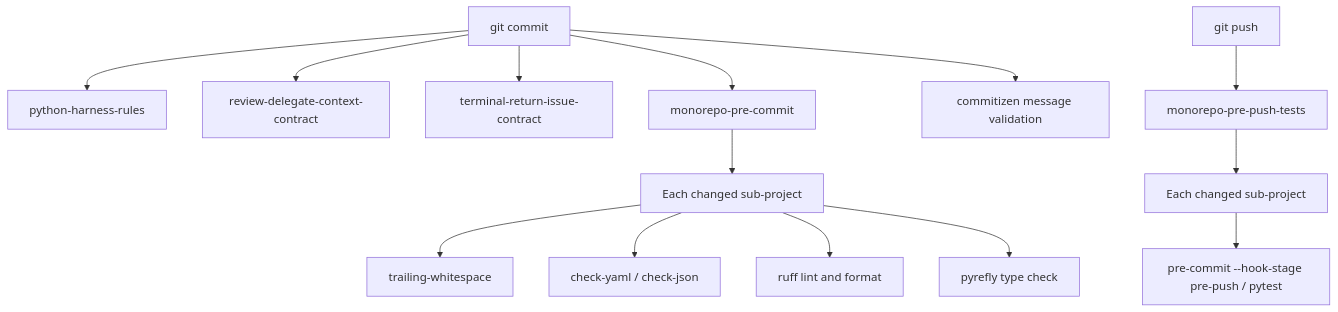
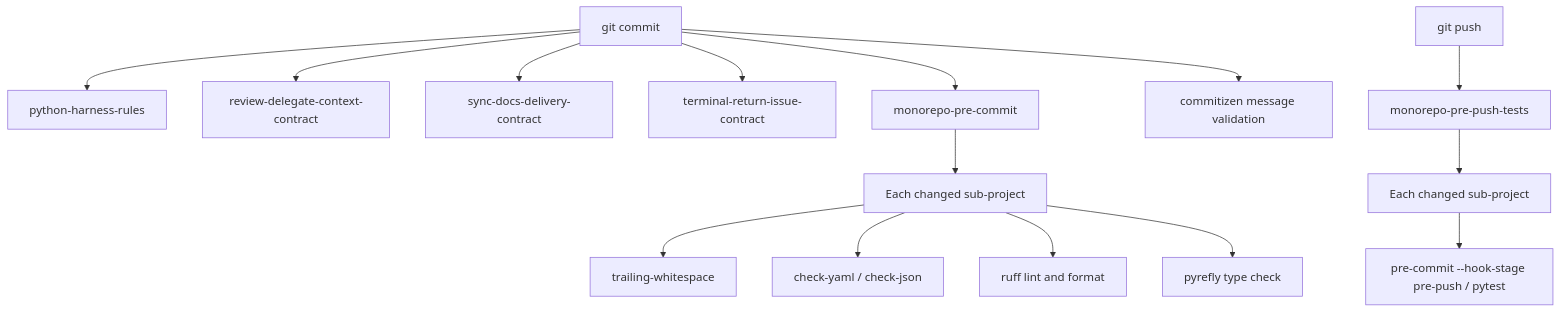
One commit to E5presso/spakky-framework changed the diagram in CONTRIBUTING.md. Above: the diagram before and after it, drawn with Mermaid. The commit also changed other lines of this file and 4 other files, not shown here.

Commit message:
fix(harness): define sync-docs delivery contract (#524)

````diff
--- a/CONTRIBUTING.md
+++ b/CONTRIBUTING.md
@@ -98,19 +98,20 @@
 ```mermaid
 flowchart TD
     commit[git commit]
     commit --> pythonharness[python-harness-rules]
     commit --> reviewcontract[review-delegate-context-contract]
+    commit --> syncdocscontract[sync-docs-delivery-contract]
     commit --> terminal[terminal-return-issue-contract]
     commit --> precommit[monorepo-pre-commit]
     commit --> commitizen[commitizen message validation]
     precommit --> changed[Each changed sub-project]
     changed --> whitespace[trailing-whitespace]
     changed --> syntax[check-yaml / check-json]
     changed --> ruff[ruff lint and format]
     changed --> pyrefly[pyrefly type check]
 
     push[git push]
     push --> prepush[monorepo-pre-push-tests]
     prepush --> subproject[Each changed sub-project]
     subproject --> pytest[pre-commit --hook-stage pre-push / pytest]
 ```
````
